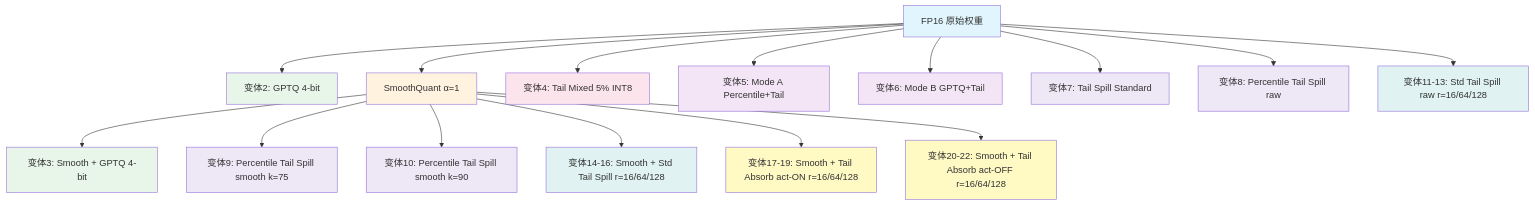
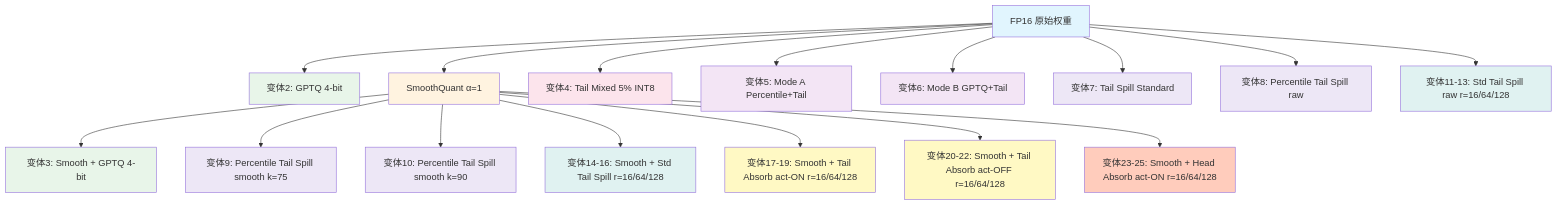
The diagram in qwen3_gptq_repro/docs/analysis/WEIGHT_VARIANTS_OVERVIEW.md (HuYangjia/Zip), drawn with Mermaid before and after one commit. The commit also changed other lines of this file and 1 other file, not shown here.

````diff
--- a/qwen3_gptq_repro/docs/analysis/WEIGHT_VARIANTS_OVERVIEW.md
+++ b/qwen3_gptq_repro/docs/analysis/WEIGHT_VARIANTS_OVERVIEW.md
@@ -380,33 +390,35 @@
 ```mermaid
 graph TD
     FP16[FP16 原始权重] --> GPTQ[变体2: GPTQ 4-bit]
     FP16 --> SMOOTH[SmoothQuant α=1]
     SMOOTH --> SMOOTH_GPTQ[变体3: Smooth + GPTQ 4-bit]
     FP16 --> TAIL_MIXED[变体4: Tail Mixed 5% INT8]
     FP16 --> MODE_A[变体5: Mode A Percentile+Tail]
     FP16 --> MODE_B[变体6: Mode B GPTQ+Tail]
     FP16 --> SPILL_STD[变体7: Tail Spill Standard]
     FP16 --> SPILL_RAW[变体8: Percentile Tail Spill raw]
     SMOOTH --> SPILL_SMOOTH75[变体9: Percentile Tail Spill smooth k=75]
     SMOOTH --> SPILL_SMOOTH90[变体10: Percentile Tail Spill smooth k=90]
     FP16 --> STDTS_RAW16[变体11-13: Std Tail Spill raw r=16/64/128]
     SMOOTH --> STDTS_SMOOTH[变体14-16: Smooth + Std Tail Spill r=16/64/128]
     SMOOTH --> TA_ACT_ON[变体17-19: Smooth + Tail Absorb act-ON r=16/64/128]
     SMOOTH --> TA_ACT_OFF[变体20-22: Smooth + Tail Absorb act-OFF r=16/64/128]
+    SMOOTH --> HA_ACT_ON[变体23-25: Smooth + Head Absorb act-ON r=16/64/128]
 
     style FP16 fill:#e1f5fe
     style SMOOTH fill:#fff3e0
     style GPTQ fill:#e8f5e9
     style SMOOTH_GPTQ fill:#e8f5e9
     style TAIL_MIXED fill:#fce4ec
     style MODE_A fill:#f3e5f5
     style MODE_B fill:#f3e5f5
     style SPILL_STD fill:#ede7f6
     style SPILL_RAW fill:#ede7f6
     style SPILL_SMOOTH75 fill:#ede7f6
     style SPILL_SMOOTH90 fill:#ede7f6
     style STDTS_RAW16 fill:#e0f2f1
     style STDTS_SMOOTH fill:#e0f2f1
     style TA_ACT_ON fill:#fff9c4
     style TA_ACT_OFF fill:#fff9c4
+    style HA_ACT_ON fill:#ffccbc
 ```
````
